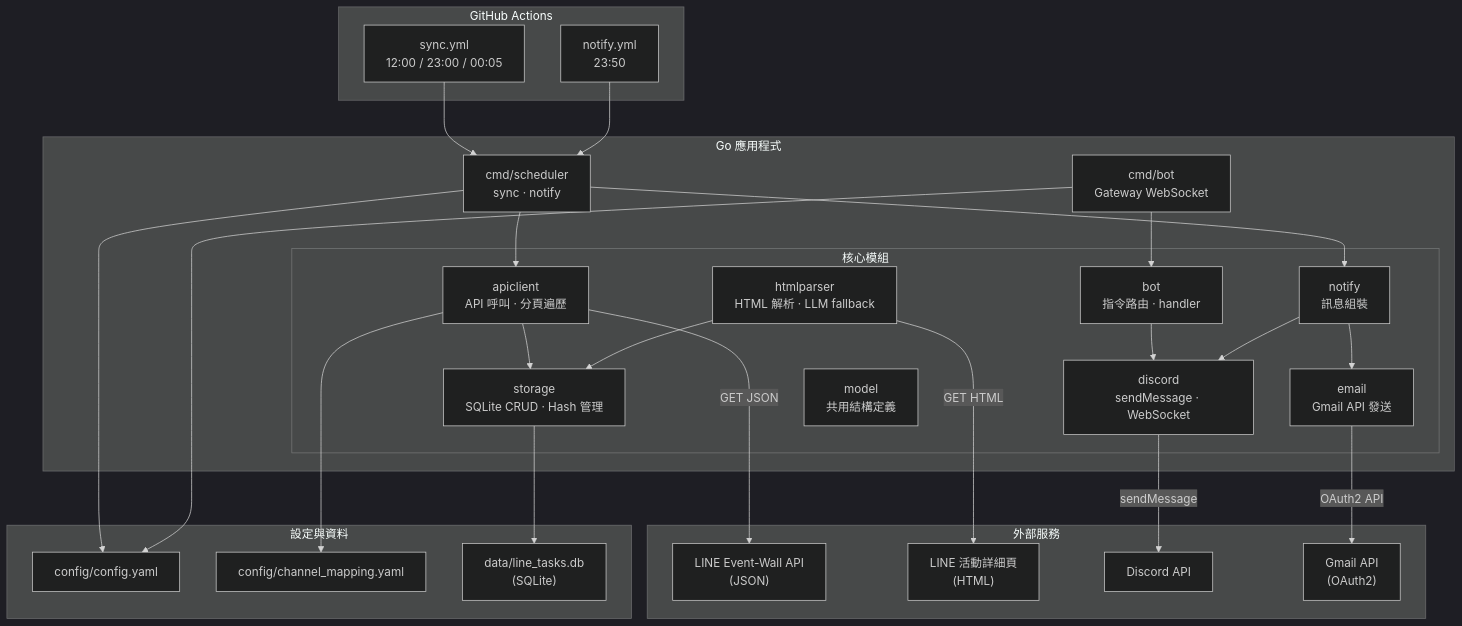
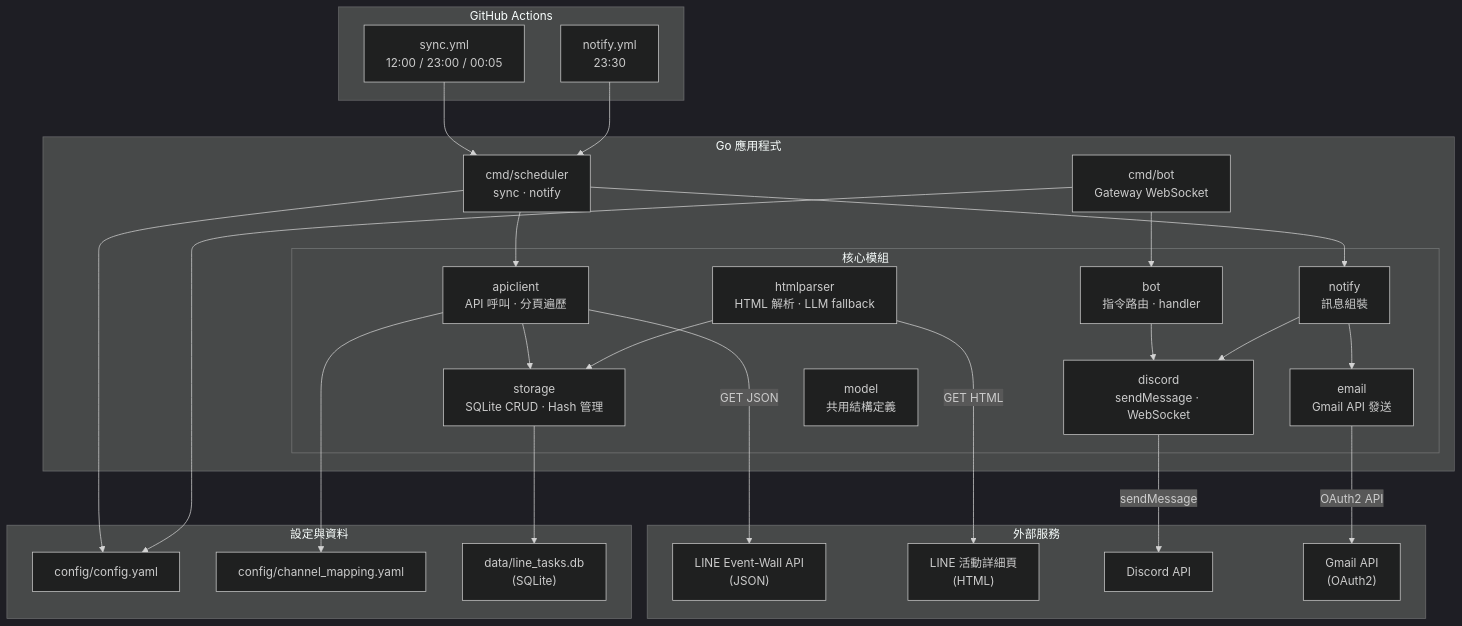
The first of 6 diagrams in docs/requirements/requirements.md (dccoding1118/more-line-points), drawn with Mermaid before and after one commit. The commit also changed other lines of this file and 7 other files, not shown here.

````diff
--- a/docs/requirements/requirements.md
+++ b/docs/requirements/requirements.md
@@ -56,57 +56,57 @@
 ```mermaid
 %%{init: {'theme':'dark'}}%%
 graph TB
     subgraph External["外部服務"]
         LINE_API["LINE Event-Wall API<br/>(JSON)"]
         LINE_PAGE["LINE 活動詳細頁<br/>(HTML)"]
         DISCORD_API["Discord API"]
         GMAIL_API["Gmail API<br/>(OAuth2)"]
     end
 
     subgraph GHA["GitHub Actions"]
         SYNC_CRON["sync.yml<br/>12:00 / 23:00 / 00:05"]
-        NOTIFY_CRON["notify.yml<br/>23:50"]
+        NOTIFY_CRON["notify.yml<br/>23:30"]
     end
 
     subgraph App["Go 應用程式"]
         CMD_SCH["cmd/scheduler<br/>sync · notify"]
         CMD_BOT["cmd/bot<br/>Gateway WebSocket"]
 
         subgraph Core["核心模組"]
             API_CLIENT["apiclient<br/>API 呼叫 · 分頁遍歷"]
             HTML_PARSER["htmlparser<br/>HTML 解析 · LLM fallback"]
             STORAGE["storage<br/>SQLite CRUD · Hash 管理"]
             NOTIFY["notify<br/>訊息組裝"]
             DISCORD["discord<br/>sendMessage · WebSocket"]
             EMAIL["email<br/>Gmail API 發送"]
             BOT["bot<br/>指令路由 · handler"]
             MODEL["model<br/>共用結構定義"]
         end
     end
 
     subgraph Config["設定與資料"]
         CONFIG_FILE["config/config.yaml"]
         CHANNEL_MAP["config/channel_mapping.yaml"]
         DB["data/line_tasks.db<br/>(SQLite)"]
     end
 
     SYNC_CRON --> CMD_SCH
     NOTIFY_CRON --> CMD_SCH
     CMD_SCH --> API_CLIENT
     CMD_SCH --> NOTIFY
     CMD_BOT --> BOT
     BOT --> DISCORD
 
     API_CLIENT -->|"GET JSON"| LINE_API
     HTML_PARSER -->|"GET HTML"| LINE_PAGE
     API_CLIENT --> STORAGE
     HTML_PARSER --> STORAGE
     NOTIFY --> DISCORD
     NOTIFY --> EMAIL
     DISCORD -->|"sendMessage"| DISCORD_API
     EMAIL -->|"OAuth2 API"| GMAIL_API
     STORAGE --> DB
     CMD_SCH --> CONFIG_FILE
     CMD_BOT --> CONFIG_FILE
     API_CLIENT --> CHANNEL_MAP
 ```
````
